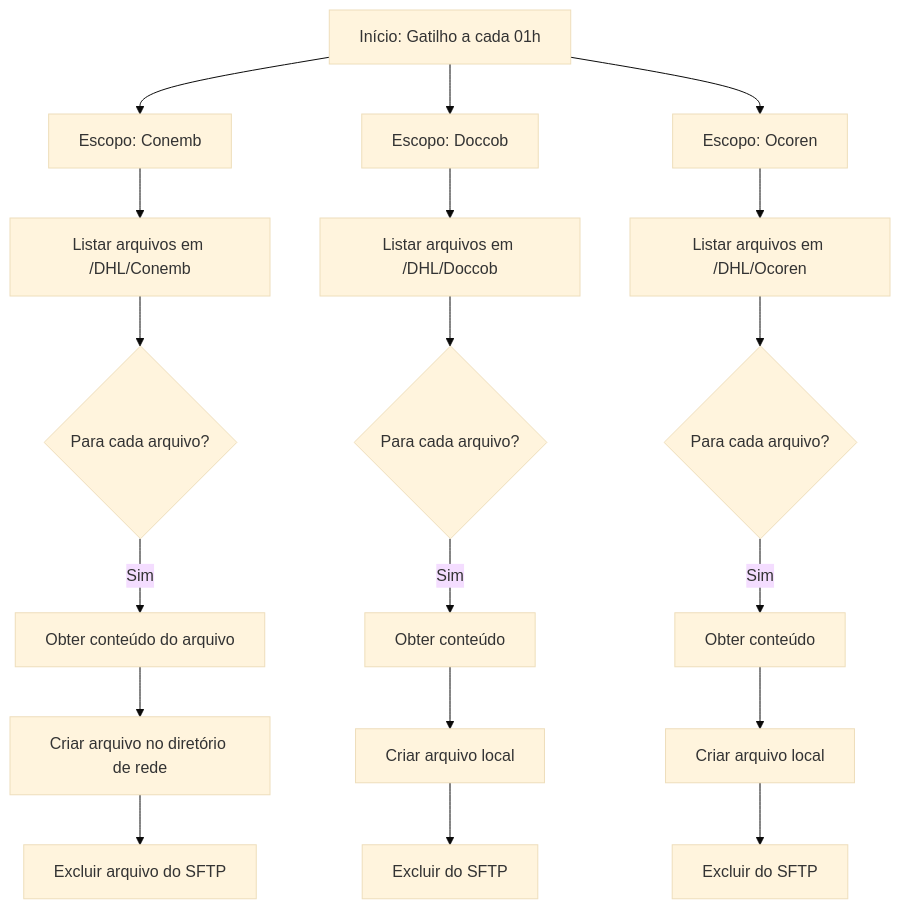
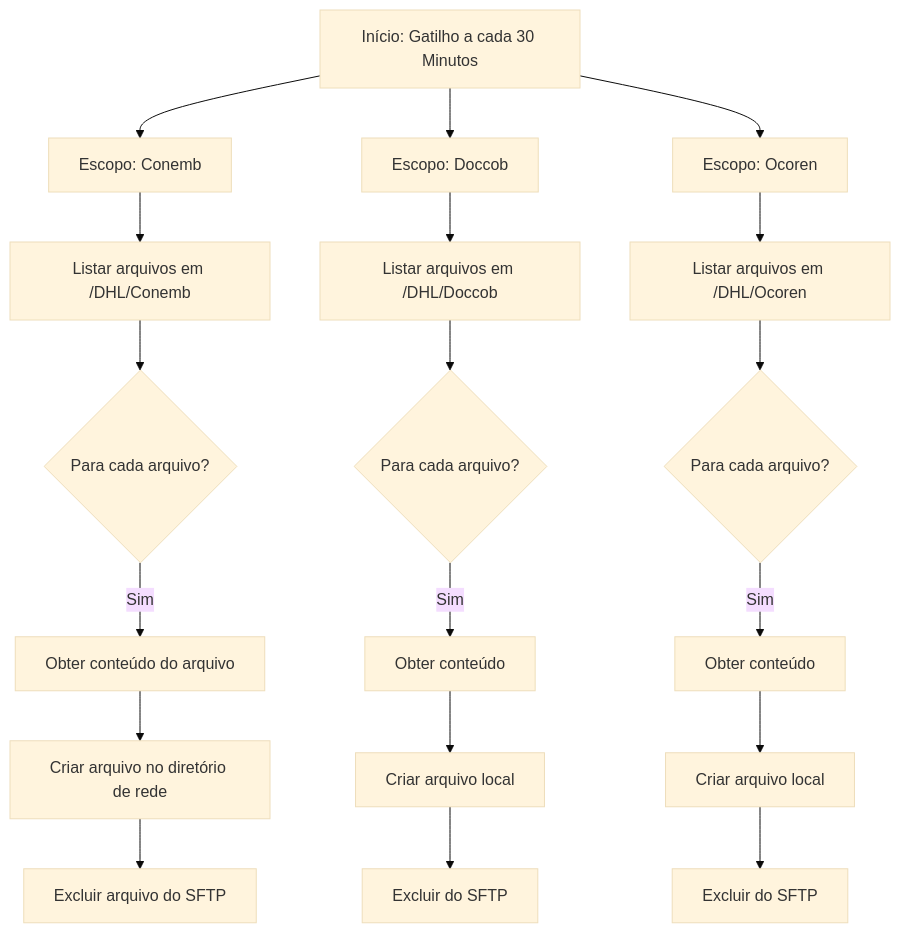
The diagram in doc_fluxo_sftp.md (joraraujo/Doc), drawn with Mermaid (base theme) before and after one commit. The commit also changed other lines of this file, not shown here.

````diff
--- a/doc_fluxo_sftp.md
+++ b/doc_fluxo_sftp.md
@@ -89,24 +88,24 @@
 ```mermaid
 graph TD
-    A[Início: Gatilho a cada 01h] --> B[Escopo: Conemb]
+    A[Início: Gatilho a cada 30 Minutos] --> B[Escopo: Conemb]
     A --> C[Escopo: Doccob]
     A --> D[Escopo: Ocoren]
 
     B --> B1[Listar arquivos em /DHL/Conemb]
     B1 --> B2{Para cada arquivo?}
     B2 -->|Sim| B3[Obter conteúdo do arquivo]
     B3 --> B4[Criar arquivo no diretório de rede]
     B4 --> B5[Excluir arquivo do SFTP]
 
     C --> C1[Listar arquivos em /DHL/Doccob]
     C1 --> C2{Para cada arquivo?}
     C2 -->|Sim| C3[Obter conteúdo]
     C3 --> C4[Criar arquivo local]
     C4 --> C5[Excluir do SFTP]
 
     D --> D1[Listar arquivos em /DHL/Ocoren]
     D1 --> D2{Para cada arquivo?}
     D2 -->|Sim| D3[Obter conteúdo]
     D3 --> D4[Criar arquivo local]
     D4 --> D5[Excluir do SFTP]
 ```
````
